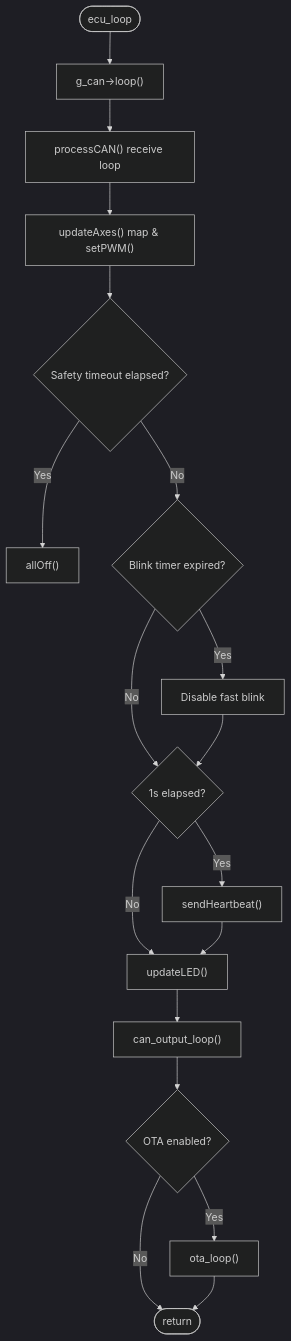
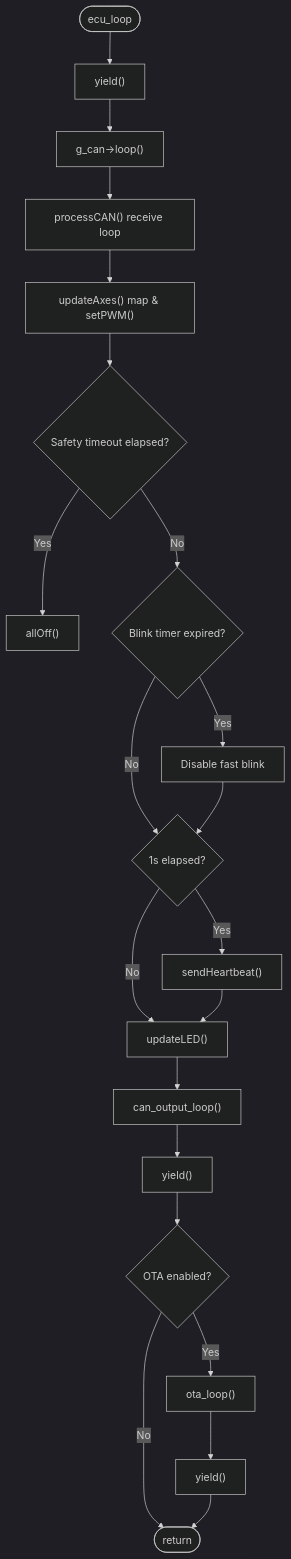
The third of 7 diagrams in .qoder/repowiki/en/content/Advanced Topics/Performance Optimization and Security.md (gunicsba/ESP_CAN_ECU_joystick_collection), drawn with Mermaid (dark theme) before and after one commit. The commit also changed other lines of this file and 15 other files, not shown here.

````diff
--- a/.qoder/repowiki/en/content/Advanced Topics/Performance Optimization and Security.md
+++ b/.qoder/repowiki/en/content/Advanced Topics/Performance Optimization and Security.md
@@ -142,20 +158,23 @@
 ```mermaid
 flowchart TD
-Start(["ecu_loop"]) --> CANLoop["g_can->loop()"]
+Start(["ecu_loop"]) --> Yield1["yield()"]
+Yield1 --> CANLoop["g_can->loop()"]
 CANLoop --> ProcessCAN["processCAN() receive loop"]
 ProcessCAN --> UpdateAxes["updateAxes() map & setPWM()"]
 UpdateAxes --> SafetyCheck{"Safety timeout elapsed?"}
 SafetyCheck --> |Yes| AllOff["allOff()"]
 SafetyCheck --> |No| BlinkCheck{"Blink timer expired?"}
 BlinkCheck --> |Yes| FastBlinkOff["Disable fast blink"]
 BlinkCheck --> |No| HeartbeatCheck{"1s elapsed?"}
 FastBlinkOff --> HeartbeatCheck
 HeartbeatCheck --> |Yes| SendHB["sendHeartbeat()"]
 HeartbeatCheck --> |No| UpdateLED["updateLED()"]
 SendHB --> UpdateLED
 UpdateLED --> CANOutLoop["can_output_loop()"]
-CANOutLoop --> OTA{"OTA enabled?"}
+CANOutLoop --> Yield2["yield()"]
+Yield2 --> OTA{"OTA enabled?"}
 OTA --> |Yes| OTAHandle["ota_loop()"]
 OTA --> |No| End(["return"])
-OTAHandle --> End
+OTAHandle --> Yield3["yield()"]
+Yield3 --> End
 ```
````
